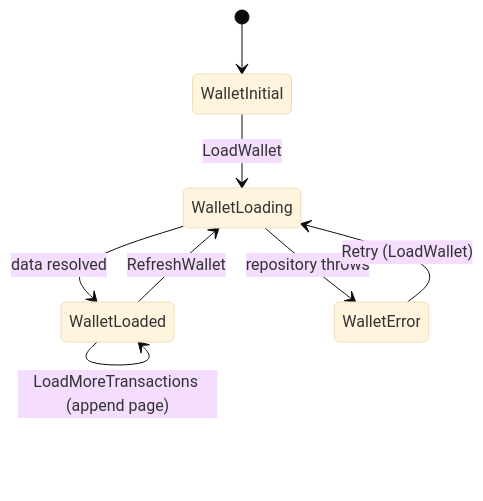
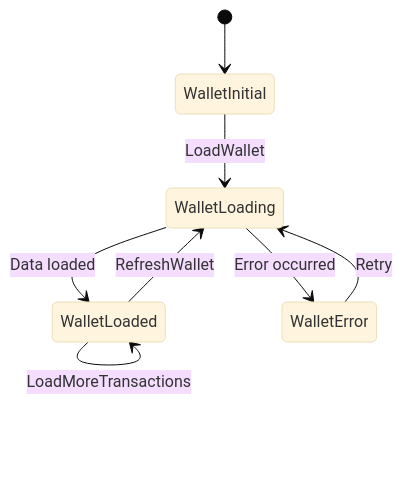
One commit to abdelrhman448/shop_plus changed the diagram in docs/ARCHITECTURE.md. Above: the diagram before and after it, drawn with Mermaid (base theme). The commit also changed other lines of this file and 51 other files, not shown here.

````diff
--- a/docs/ARCHITECTURE.md
+++ b/docs/ARCHITECTURE.md
@@ -62,11 +49,11 @@
 ```mermaid
 stateDiagram-v2
     [*] --> WalletInitial
     WalletInitial --> WalletLoading: LoadWallet
-    WalletLoading --> WalletLoaded: data resolved
-    WalletLoading --> WalletError: repository throws
-    WalletError --> WalletLoading: Retry (LoadWallet)
-    WalletLoaded --> WalletLoaded: FilterTransactions (in-memory, keeps master list)
-    WalletLoaded --> WalletLoaded: LoadMoreTransactions (append page)
+    WalletLoading --> WalletLoaded: Data loaded
+    WalletLoading --> WalletError: Error occurred
+    WalletError --> WalletLoading: Retry
+    WalletLoaded --> WalletLoaded: FilterTransactions
+    WalletLoaded --> WalletLoaded: LoadMoreTransactions
     WalletLoaded --> WalletLoading: RefreshWallet
 ```
````
